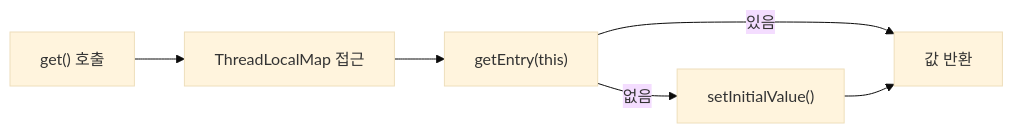
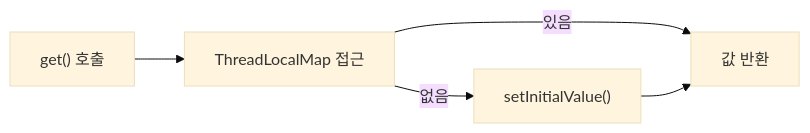
One commit to yjkim2015/yjkim2015.github.io changed the first of 5 diagrams in _posts/java/2026-05-01-java-threadlocal.md. Above: the diagram before and after it, drawn with Mermaid (base theme). The commit also changed other lines of this file and 245 other files, not shown here.

First line of the commit message:
Mermaid 다이어그램 전면 수정 + 면접 포인트 접기/펼치기 + DB 데드락 페이지

````diff
--- a/_posts/java/2026-05-01-java-threadlocal.md
+++ b/_posts/java/2026-05-01-java-threadlocal.md
@@ -67,7 +67,7 @@
 ```mermaid
 graph LR
     GET["get() 호출"] --> MAP["ThreadLocalMap 접근"]
-    MAP --> ENTRY["getEntry(this)"]
-    ENTRY -->|"있음"| VALUE["값 반환"]
-    ENTRY -->|"없음"| INIT["setInitialValue()"] --> VALUE
+    MAP -->|"있음"| VALUE["값 반환"]
+    MAP -->|"없음"| INIT["setInitialValue()"]
+    INIT --> VALUE
 ```
````
